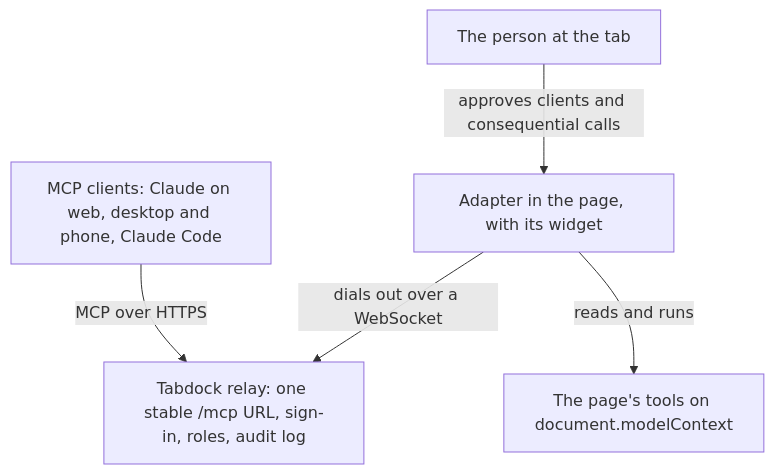
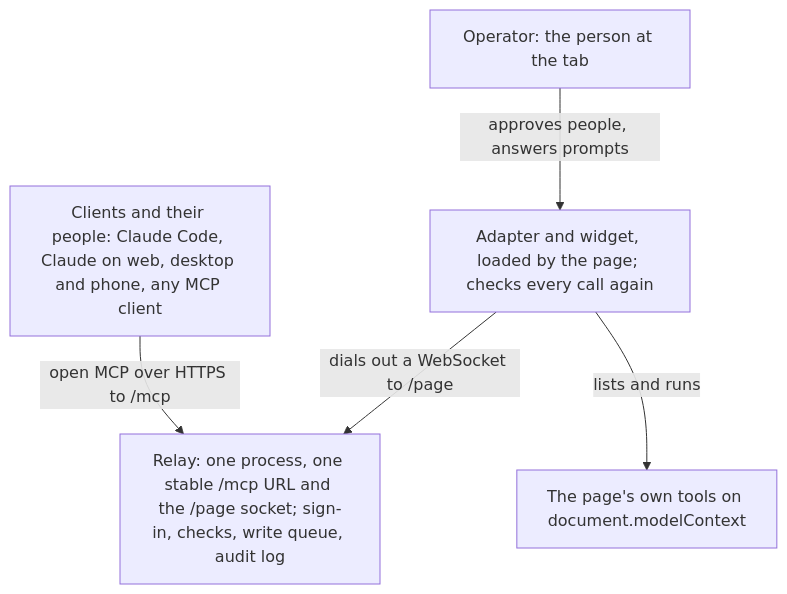
Before and after one commit to PaulMRamirez/tabdock: the diagram in README.md, drawn with Mermaid. The commit also changed other lines of this file and 40 other files, not shown here.

First line of the commit message:
docs: the user guide, its decisions and the stale fixes from the audit

````diff
--- a/README.md
+++ b/README.md
@@ -51,12 +11,12 @@
 ```mermaid
 flowchart TB
-  clients["MCP clients: Claude on web, desktop and phone, Claude Code"]
-  relay["Tabdock relay: one stable /mcp URL, sign-in, roles, audit log"]
-  adapter["Adapter in the page, with its widget"]
-  tools["The page's tools on document.modelContext"]
-  person["The person at the tab"]
-  clients -->|"MCP over HTTPS"| relay
-  adapter -->|"dials out over a WebSocket"| relay
-  adapter -->|"reads and runs"| tools
-  person -->|"approves clients and consequential calls"| adapter
+  clients["Clients and their people: Claude Code, Claude on web, desktop and phone, any MCP client"]
+  relay["Relay: one process, one stable /mcp URL and the /page socket; sign-in, checks, write queue, audit log"]
+  adapter["Adapter and widget, loaded by the page; checks every call again"]
+  tools["The page's own tools on document.modelContext"]
+  operator["Operator: the person at the tab"]
+  clients -->|"open MCP over HTTPS to /mcp"| relay
+  adapter -->|"dials out a WebSocket to /page"| relay
+  adapter -->|"lists and runs"| tools
+  operator -->|"approves people, answers prompts"| adapter
 ```
````
